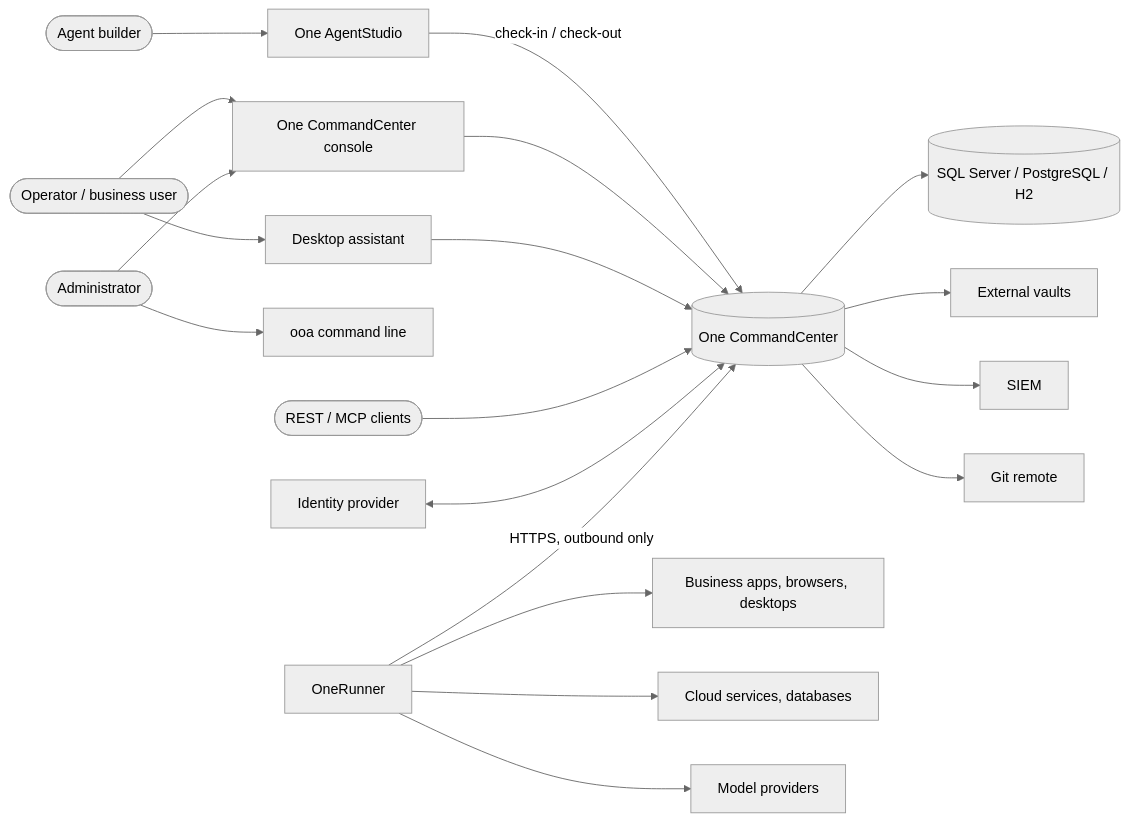
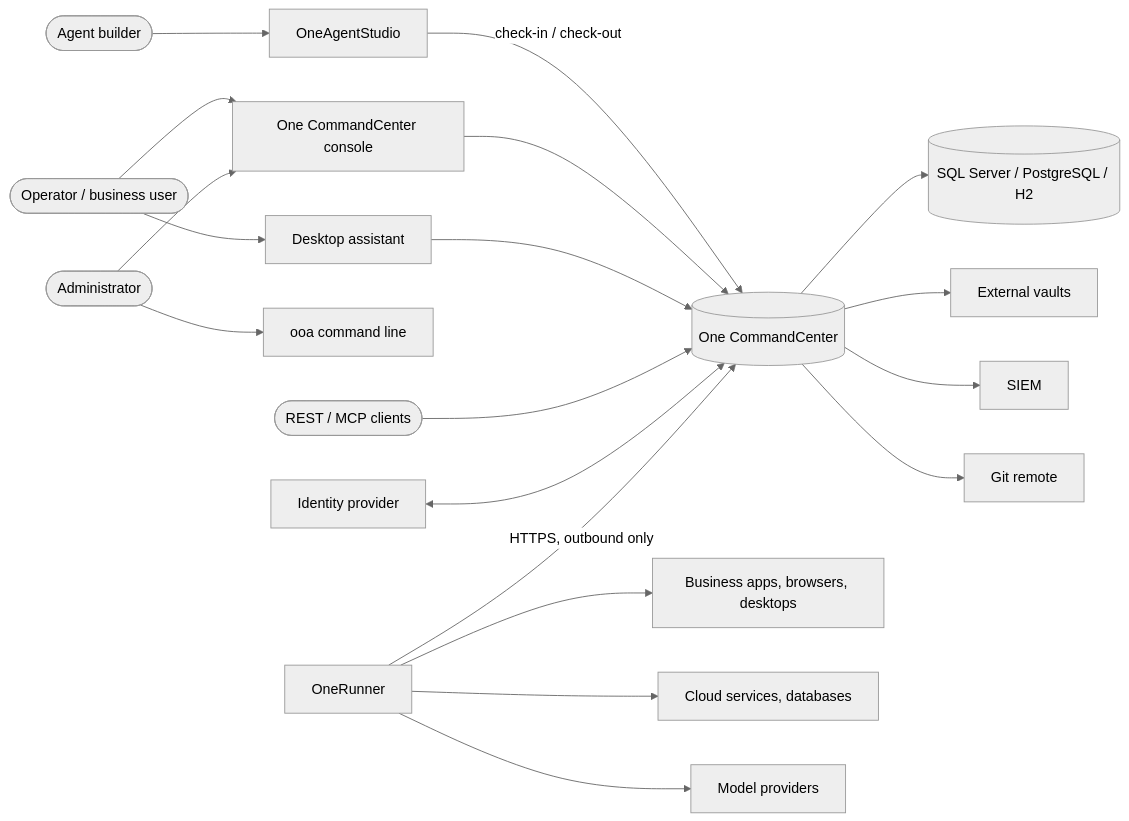
One commit to OneOfficeautomation-Private-Limited/OneOfficeAutomation-Platform changed the first of 3 diagrams in docs/architecture/01-system-overview.md. Above: the diagram before and after it, drawn with Mermaid (neutral theme). The commit also changed other lines of this file and 128 other files, not shown here.

Commit message:
Round 3 (13 Nov) items 1-3: Automation is called Agents (menu, page, top folder, links, help); Home's figure is Agents (Public); menu order Build, Manage, AI, Administration, Agent Insights (was Operational insights); One AgentStudio is OneAgentStudio

````diff
--- a/docs/architecture/01-system-overview.md
+++ b/docs/architecture/01-system-overview.md
@@ -67,21 +67,21 @@
 ```mermaid
 flowchart LR
-    builder([Agent builder]) --> studio[One AgentStudio]
+    builder([Agent builder]) --> studio[OneAgentStudio]
     operator([Operator / business user]) --> console[One CommandCenter console]
     operator --> tray[Desktop assistant]
     admin([Administrator]) --> console
     admin --> cli[ooa command line]
     studio -- check-in / check-out --> cc[(One CommandCenter)]
     console --> cc
     tray --> cc
     extclient([REST / MCP clients]) --> cc
     idp[Identity provider] <--> cc
     cc --> db[(SQL Server / PostgreSQL / H2)]
     cc --> xvault[External vaults]
     cc --> siem[SIEM]
     cc --> git[Git remote]
     runner[OneRunner] -- HTTPS, outbound only --> cc
     runner --> apps[Business apps, browsers, desktops]
     runner --> cloud[Cloud services, databases]
     runner --> llm[Model providers]
 ```
````
